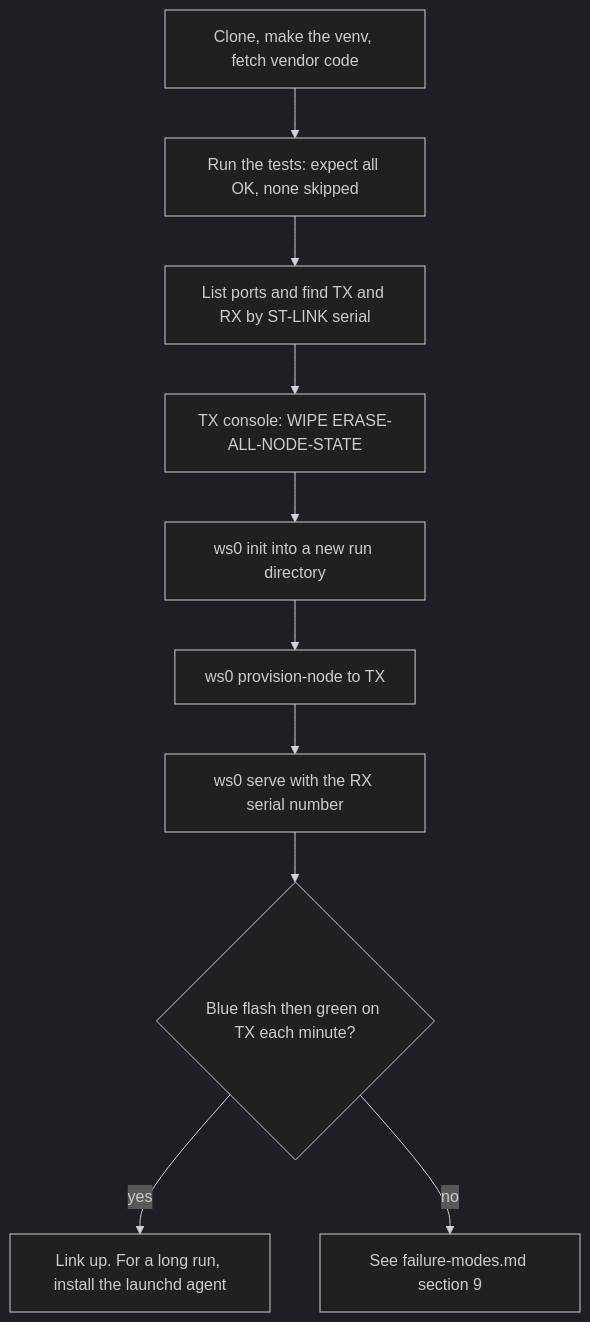
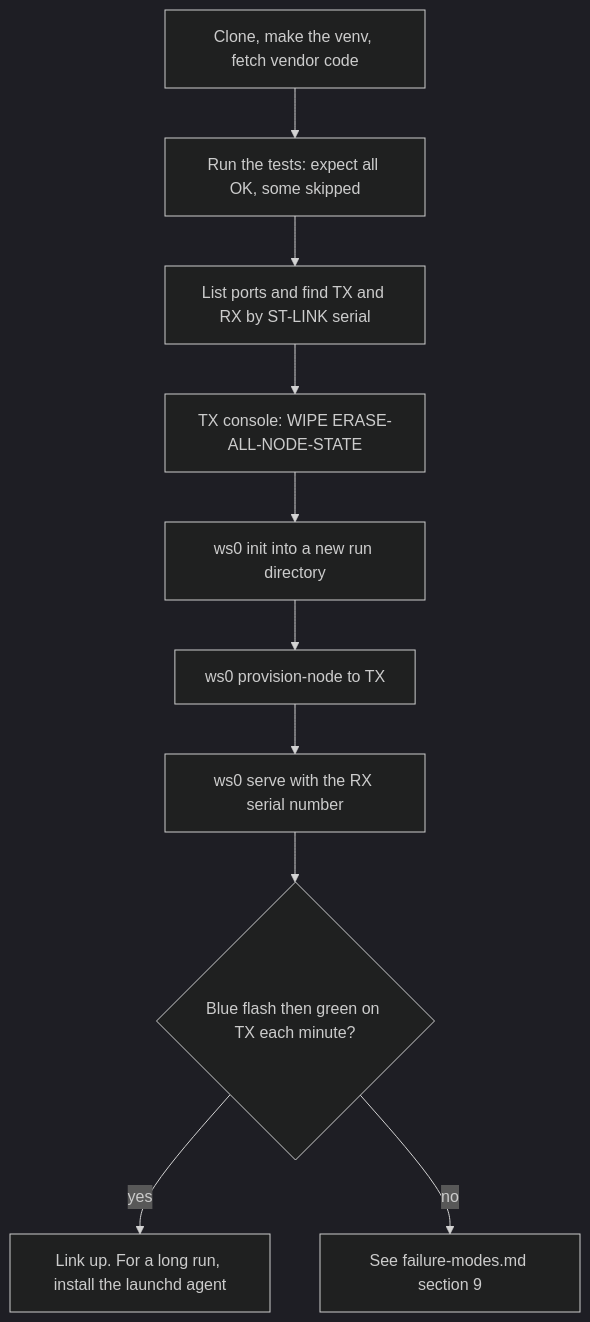
Before and after one commit to clintecker/weather-station-2026: the first of 2 diagrams in docs/CONTEXT-PACK.md, drawn with Mermaid (dark theme). The commit also changed other lines of this file and 85 other files, not shown here.

````diff
--- a/docs/CONTEXT-PACK.md
+++ b/docs/CONTEXT-PACK.md
@@ -210,12 +245,12 @@
 ```mermaid
 flowchart TD
-  C["Clone, make the venv, fetch vendor code"] --> T["Run the tests: expect all OK, none skipped"]
+  C["Clone, make the venv, fetch vendor code"] --> T["Run the tests: expect all OK, some skipped"]
   T --> P["List ports and find TX and RX by ST-LINK serial"]
   P --> W["TX console: WIPE ERASE-ALL-NODE-STATE"]
   W --> I["ws0 init into a new run directory"]
   I --> PR["ws0 provision-node to TX"]
   PR --> S["ws0 serve with the RX serial number"]
   S --> V{"Blue flash then green on TX each minute?"}
   V -- yes --> OK["Link up. For a long run, install the launchd agent"]
   V -- no --> F["See failure-modes.md section 9"]
 ```
````
